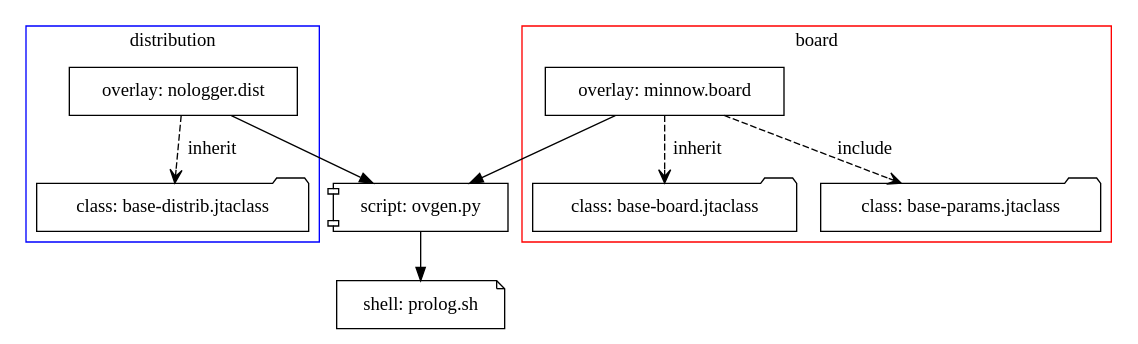
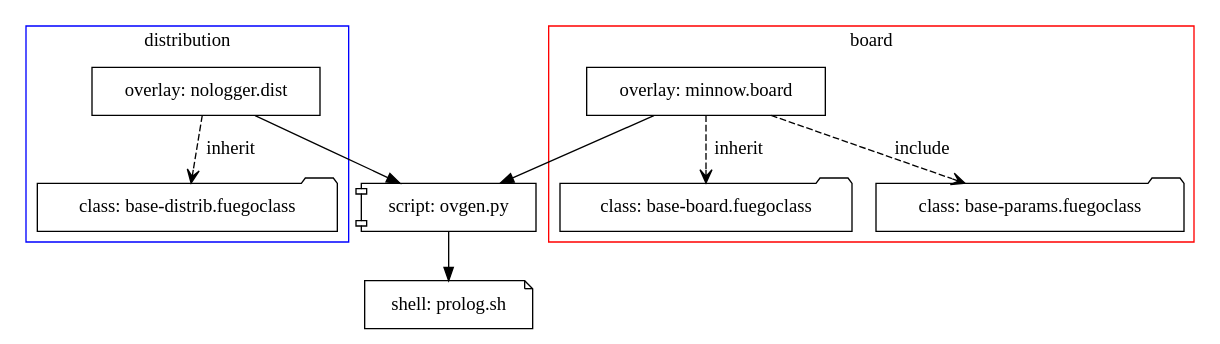
Before and after one commit to vh21/fuego: the diagram in docs/source/overlays_toplevel.dot, drawn with Graphviz. The commit also changed 37 other files, not shown here.

```diff
--- a/docs/source/overlays_toplevel.dot
+++ b/docs/source/overlays_toplevel.dot
@@ -1,37 +1,37 @@
 digraph OVT {
         graph[
               rank=same
               ]
 
         	subgraph cluster_1 {
-                        basedist [shape=folder, label="class: base-distrib.jtaclass"];
+                        basedist [shape=folder, label="class: base-distrib.fuegoclass"];
                         nologger [shape=rectangle, label="overlay: nologger.dist"];
                         edge [label="inherit", style="dashed", arrowhead="vee"]
                         nologger -> basedist
 		        label = "distribution";
 		        color=blue
 	}
 
               subgraph cluster_2 {
-              baseboard [shape=folder, label="class: base-board.jtaclass"]
-              baseparams [shape=folder, label="class: base-params.jtaclass"]
+              baseboard [shape=folder, label="class: base-board.fuegoclass"]
+              baseparams [shape=folder, label="class: base-params.fuegoclass"]
               minnow [shape=rectangle, label="overlay: minnow.board"]
               label = "board";
 	      color = red;
 
               edge [label="inherit", style="dashed", arrowhead="vee"]
               minnow -> baseboard
               edge [label="include"]
               minnow -> baseparams
               }
 
               minnow -> ovgen
               nologger -> ovgen
               
               ovgen -> prolog
 
               prolog [shape=note, label="shell: prolog.sh"]
               ovgen [shape=component, label="script: ovgen.py"]
               
 
 }
```
